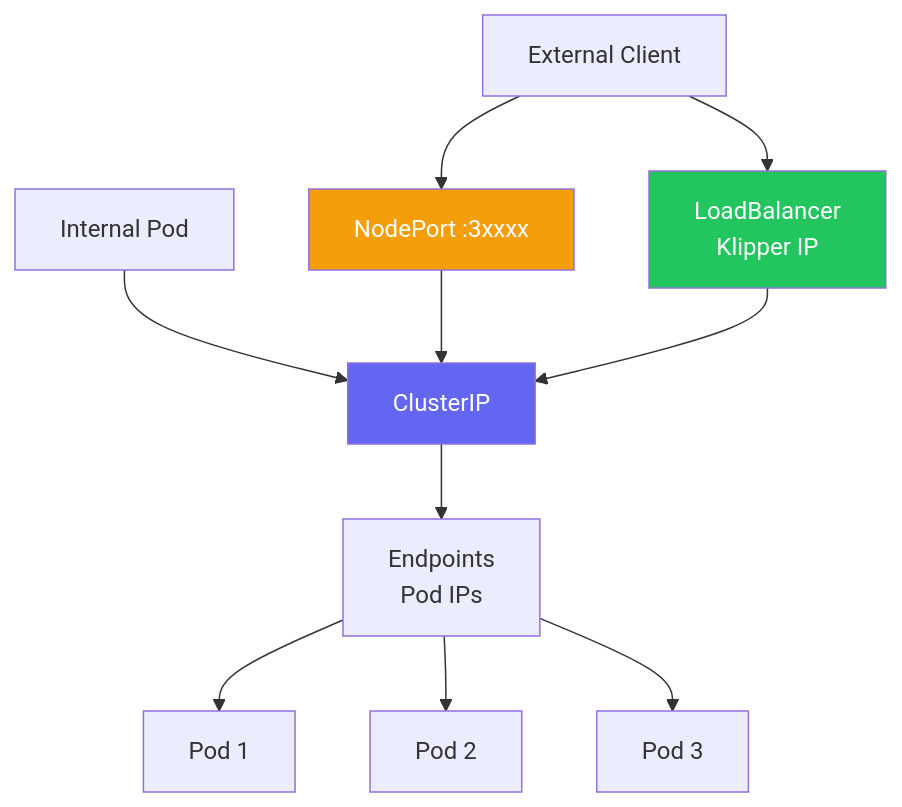
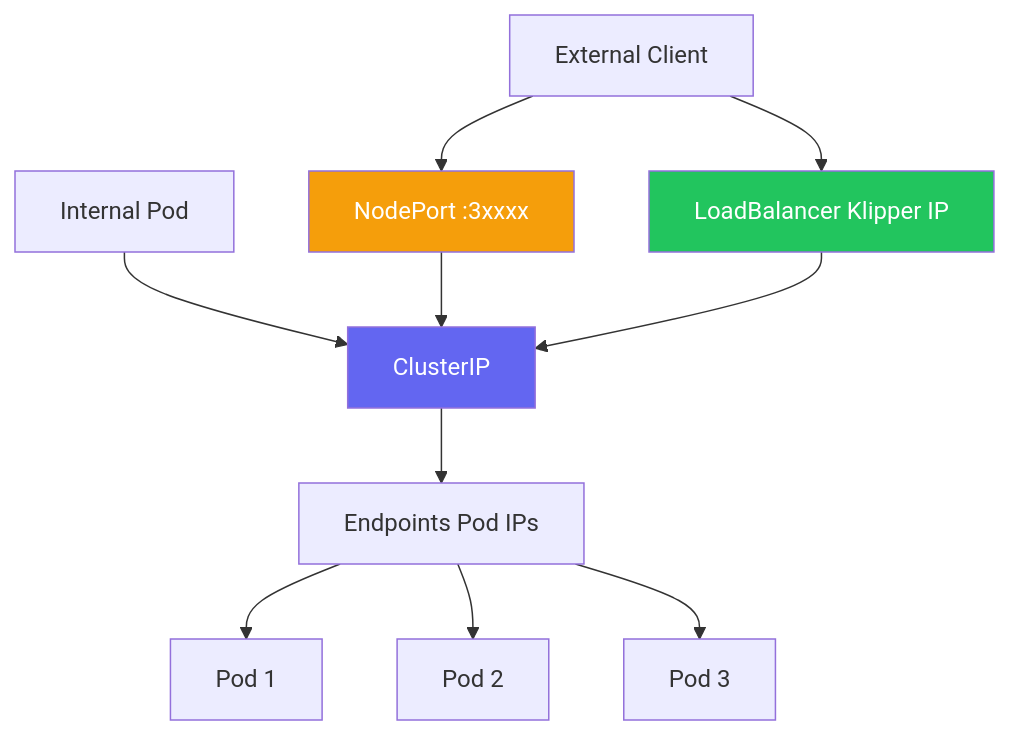
One commit to UncleJS/course_k3s changed the first of 3 diagrams in 04_networking/02_service_types.md. Above: the diagram before and after it, drawn with Mermaid. The commit also changed other lines of this file and 57 other files, not shown here.

````diff
--- a/04_networking/02_service_types.md
+++ b/04_networking/02_service_types.md
@@ -24,14 +24,14 @@
 ```mermaid
 flowchart TD
     EXT[External Client] --> NP[NodePort :3xxxx]
-    EXT --> LB[LoadBalancer\nKlipper IP]
+    EXT --> LB[LoadBalancer Klipper IP]
     INT[Internal Pod] --> CIP[ClusterIP]
     NP --> CIP
     LB --> CIP
-    CIP --> EP[Endpoints\nPod IPs]
+    CIP --> EP[Endpoints Pod IPs]
     EP --> P1[Pod 1] & P2[Pod 2] & P3[Pod 3]
 
     style CIP fill:#6366f1,color:#fff
     style LB fill:#22c55e,color:#fff
     style NP fill:#f59e0b,color:#fff
 ```
````
